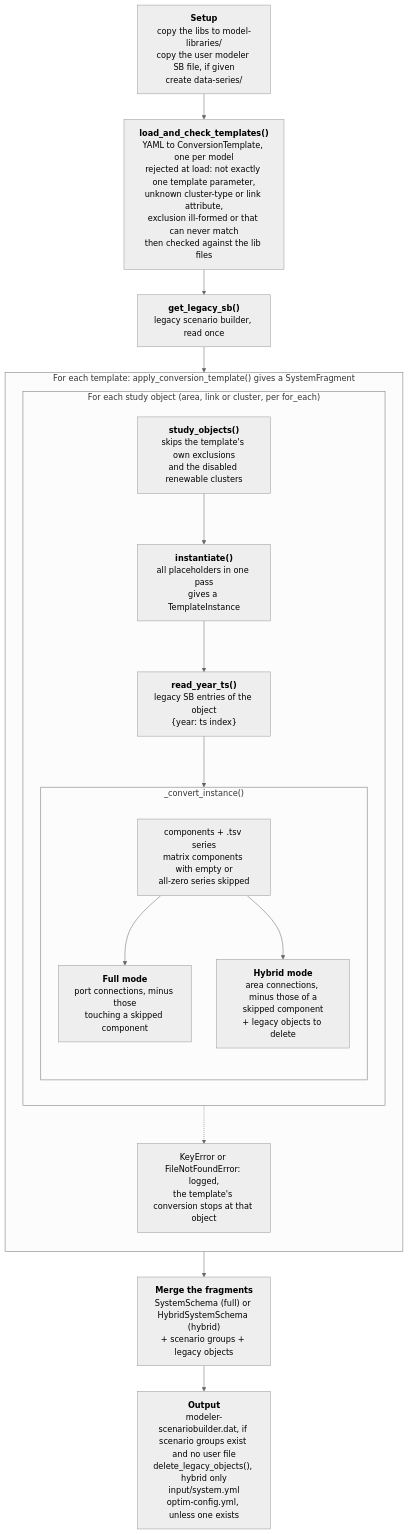
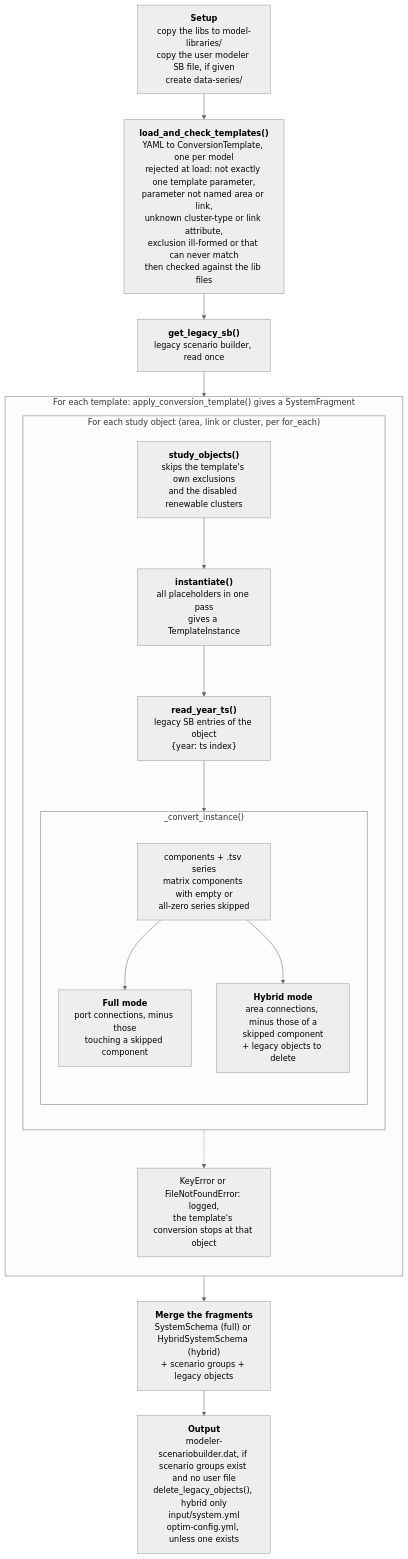
The diagram in AGENTS.md (AntaresSimulatorTeam/AntaresLegacyModels-to-GEMS-Converter), drawn with Mermaid (neutral theme) before and after one commit. The commit also changed other lines of this file, not shown here.

````diff
--- a/AGENTS.md
+++ b/AGENTS.md
@@ -112,32 +112,32 @@
 ```mermaid
 flowchart TD
     setup["<b>Setup</b><br/>copy the libs to model-libraries/<br/>copy the user modeler SB file, if given<br/>create data-series/"]
-    load["<b>load_and_check_templates()</b><br/>YAML to ConversionTemplate, one per model<br/>rejected at load: not exactly one template parameter,<br/>unknown cluster-type or link attribute,<br/>exclusion ill-formed or that can never match<br/>then checked against the lib files"]
+    load["<b>load_and_check_templates()</b><br/>YAML to ConversionTemplate, one per model<br/>rejected at load: not exactly one template parameter,<br/>parameter not named area or link,<br/>unknown cluster-type or link attribute,<br/>exclusion ill-formed or that can never match<br/>then checked against the lib files"]
     sb["<b>get_legacy_sb()</b><br/>legacy scenario builder, read once"]
 
     subgraph perTemplate["For each template: apply_conversion_template() gives a SystemFragment"]
         direction TB
         subgraph perObject["For each study object (area, link or cluster, per for_each)"]
             direction TB
             objs["<b>study_objects()</b><br/>skips the template's own exclusions<br/>and the disabled renewable clusters"]
             inst["<b>instantiate()</b><br/>all placeholders in one pass<br/>gives a TemplateInstance"]
             ts["<b>read_year_ts()</b><br/>legacy SB entries of the object<br/>{year: ts index}"]
             subgraph conv["_convert_instance()"]
                 direction TB
                 comps["components + .tsv series<br/>matrix components with empty or<br/>all-zero series skipped"]
                 full["<b>Full mode</b><br/>port connections, minus those<br/>touching a skipped component"]
                 hybrid["<b>Hybrid mode</b><br/>area connections, minus those of a<br/>skipped component<br/>+ legacy objects to delete"]
                 comps --> full
                 comps --> hybrid
             end
             objs --> inst --> ts --> comps
         end
         err["KeyError or FileNotFoundError: logged,<br/>the template's conversion stops at that object"]
         perObject -.-> err
     end
 
     merge["<b>Merge the fragments</b><br/>SystemSchema (full) or HybridSystemSchema (hybrid)<br/>+ scenario groups + legacy objects"]
     out["<b>Output</b><br/>modeler-scenariobuilder.dat, if scenario groups exist and no user file<br/>delete_legacy_objects(), hybrid only<br/>input/system.yml<br/>optim-config.yml, unless one exists"]
 
     setup --> load --> sb --> perTemplate --> merge --> out
 ```
````
